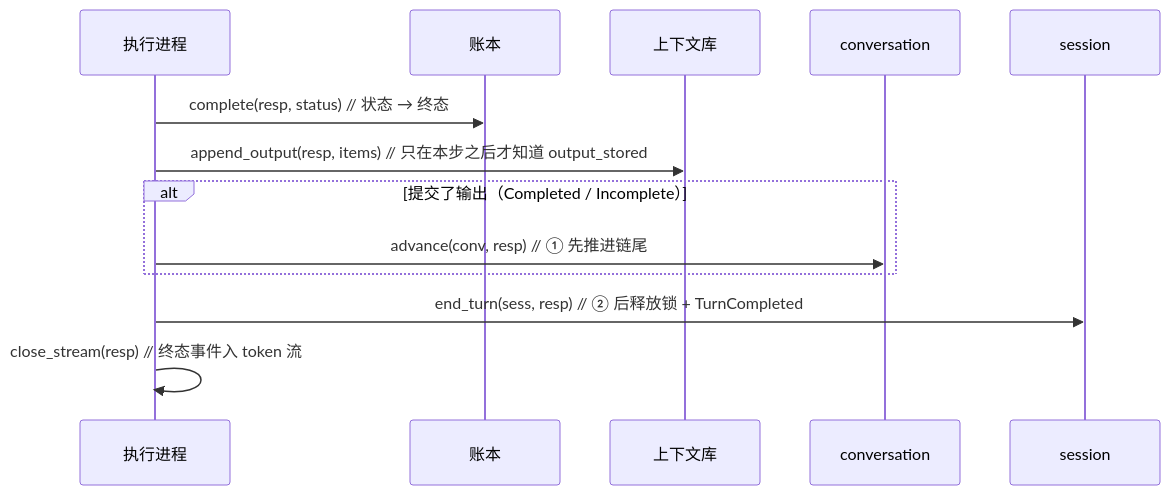
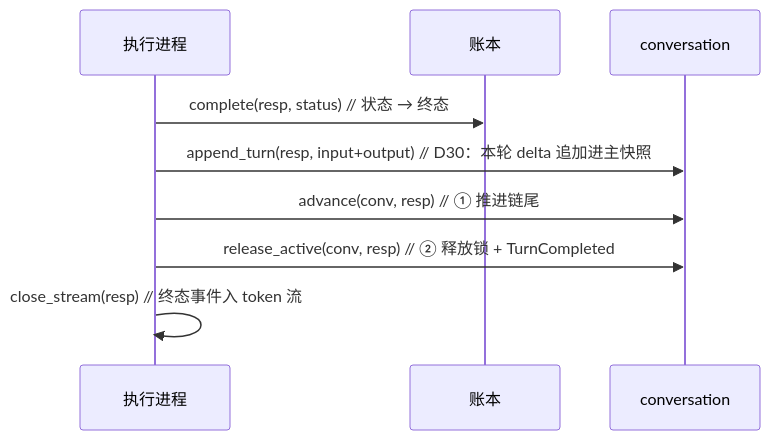
One commit to charleslyh/nova-chat changed the second of 6 diagrams in docs/design/07-conversations-and-sessions.md. Above: the diagram before and after it, drawn with Mermaid. The commit also changed other lines of this file and 58 other files, not shown here.

````diff
--- a/docs/design/07-conversations-and-sessions.md
+++ b/docs/design/07-conversations-and-sessions.md
@@ -100,16 +83,12 @@
 ```mermaid
 sequenceDiagram
     participant AG as 执行进程
     participant LED as 账本
-    participant CTX as 上下文库
     participant CVS as conversation
-    participant SES as session
 
-    AG->>LED: complete(resp, status)      // 状态 → 终态
-    AG->>CTX: append_output(resp, items)  // 只在本步之后才知道 output_stored
-    alt 提交了输出（Completed / Incomplete）
-        AG->>CVS: advance(conv, resp)     // ① 先推进链尾
-    end
-    AG->>SES: end_turn(sess, resp)        // ② 后释放锁 + TurnCompleted
-    AG->>AG: close_stream(resp)           // 终态事件入 token 流
+    AG->>LED: complete(resp, status)           // 状态 → 终态
+    AG->>CVS: append_turn(resp, input+output)  // D30：本轮 delta 追加进主快照
+    AG->>CVS: advance(conv, resp)              // ① 推进链尾
+    AG->>CVS: release_active(conv, resp)       // ② 释放锁 + TurnCompleted
+    AG->>AG: close_stream(resp)                // 终态事件入 token 流
 ```
````
